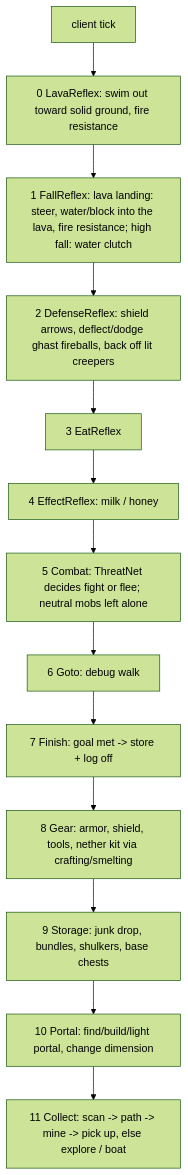
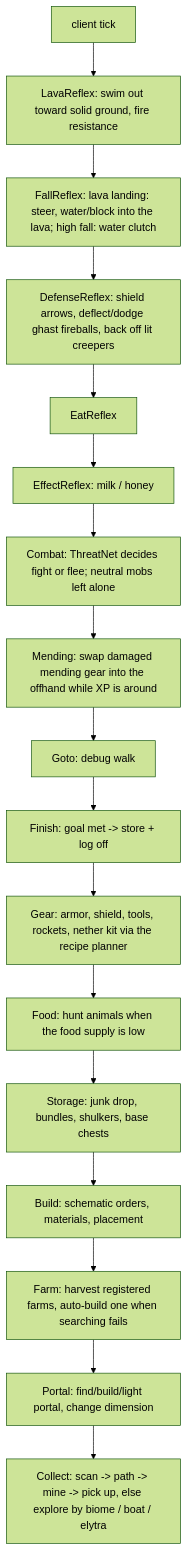
Before and after one commit to shrimpsooup2/autoCraft: the diagram in PLAN.md, drawn with Mermaid (forest theme). The commit also changed other lines of this file and 2 other files, not shown here.

Commit message:
Safety: never mine the floor over a drop; extra food before Nether trips; plan update

````diff
--- a/PLAN.md
+++ b/PLAN.md
@@ -28,15 +35,19 @@
 ```mermaid
 flowchart TD
-  T[client tick] --> R0[0 LavaReflex: swim out toward solid ground, fire resistance]
-  R0 --> R1[1 FallReflex: lava landing: steer, water/block into the lava, fire resistance; high fall: water clutch]
-  R1 --> R2[2 DefenseReflex: shield arrows, deflect/dodge ghast fireballs, back off lit creepers]
-  R2 --> R3[3 EatReflex]
-  R3 --> R4[4 EffectReflex: milk / honey]
-  R4 --> C[5 Combat: ThreatNet decides fight or flee; neutral mobs left alone]
-  C --> GO[6 Goto: debug walk]
-  GO --> F[7 Finish: goal met -> store + log off]
-  F --> G[8 Gear: armor, shield, tools, nether kit via crafting/smelting]
-  G --> ST[9 Storage: junk drop, bundles, shulkers, base chests]
-  ST --> P[10 Portal: find/build/light portal, change dimension]
-  P --> CO[11 Collect: scan -> path -> mine -> pick up, else explore / boat]
+  T[client tick] --> R0[LavaReflex: swim out toward solid ground, fire resistance]
+  R0 --> R1[FallReflex: lava landing: steer, water/block into the lava; high fall: water clutch]
+  R1 --> R2[DefenseReflex: shield arrows, deflect/dodge ghast fireballs, back off lit creepers]
+  R2 --> R3[EatReflex]
+  R3 --> R4[EffectReflex: milk / honey]
+  R4 --> C[Combat: ThreatNet decides fight or flee; neutral mobs left alone]
+  C --> M[Mending: swap damaged mending gear into the offhand while XP is around]
+  M --> GO[Goto: debug walk]
+  GO --> F[Finish: goal met -> store + log off]
+  F --> G[Gear: armor, shield, tools, rockets, nether kit via the recipe planner]
+  G --> FO[Food: hunt animals when the food supply is low]
+  FO --> ST[Storage: junk drop, bundles, shulkers, base chests]
+  ST --> B[Build: schematic orders, materials, placement]
+  B --> FA[Farm: harvest registered farms, auto-build one when searching fails]
+  FA --> P[Portal: find/build/light portal, change dimension]
+  P --> CO[Collect: scan -> path -> mine -> pick up, else explore by biome / boat / elytra]
 ```
````
